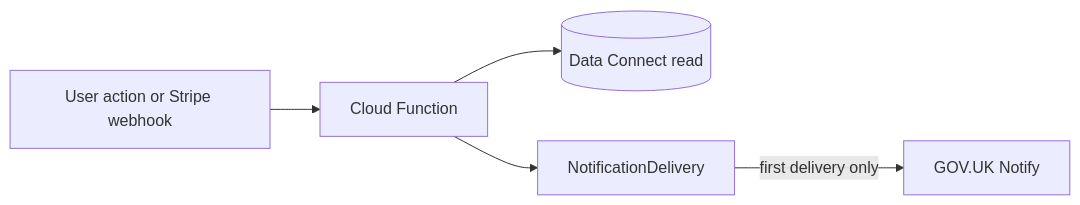
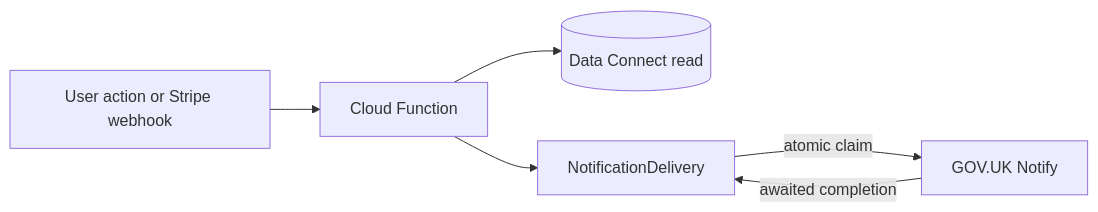
One commit to rafsodc/sodc-web changed the diagram in docs/operations/transactional-email-workflows.md. Above: the diagram before and after it, drawn with Mermaid. The commit also changed other lines of this file and 155 other files, not shown here.

````diff
--- a/docs/operations/transactional-email-workflows.md
+++ b/docs/operations/transactional-email-workflows.md
@@ -13,13 +15,14 @@
 ```mermaid
 flowchart LR
   trigger[User action or Stripe webhook]
   fn[Cloud Function]
   dc[(Data Connect read)]
   ledger[NotificationDelivery]
   notify[GOV.UK Notify]
 
   trigger --> fn
   fn --> dc
   fn --> ledger
-  ledger -->|first delivery only| notify
+  ledger -->|atomic claim| notify
+  notify -->|awaited completion| ledger
 ```
````
